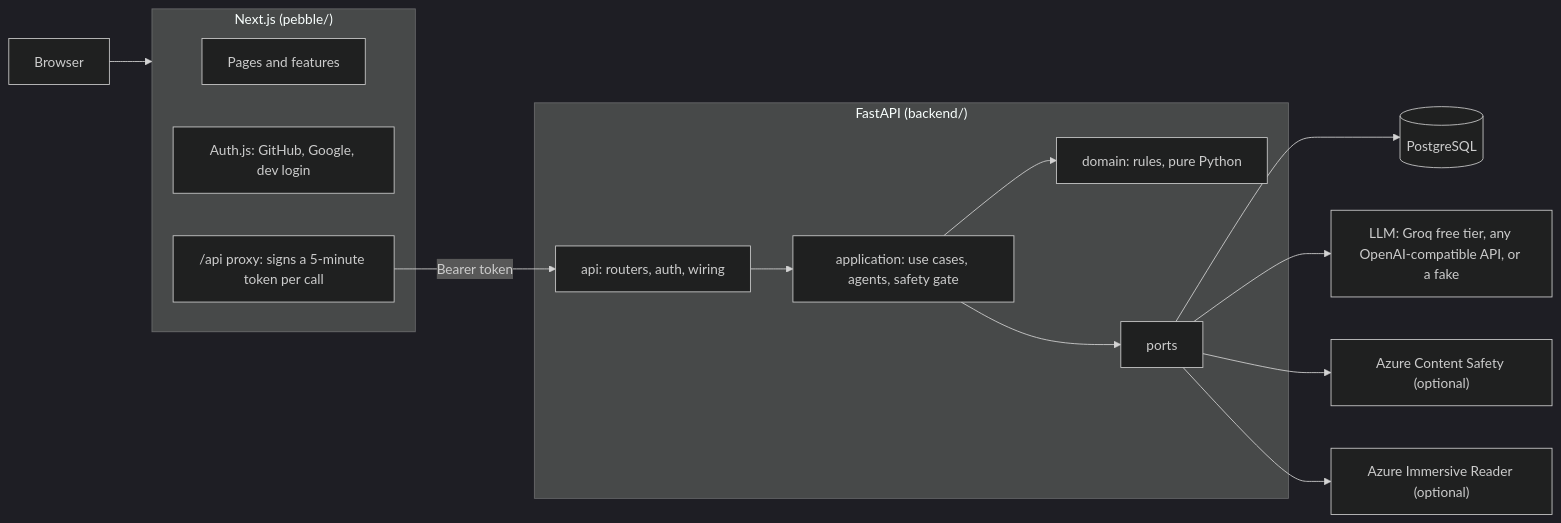
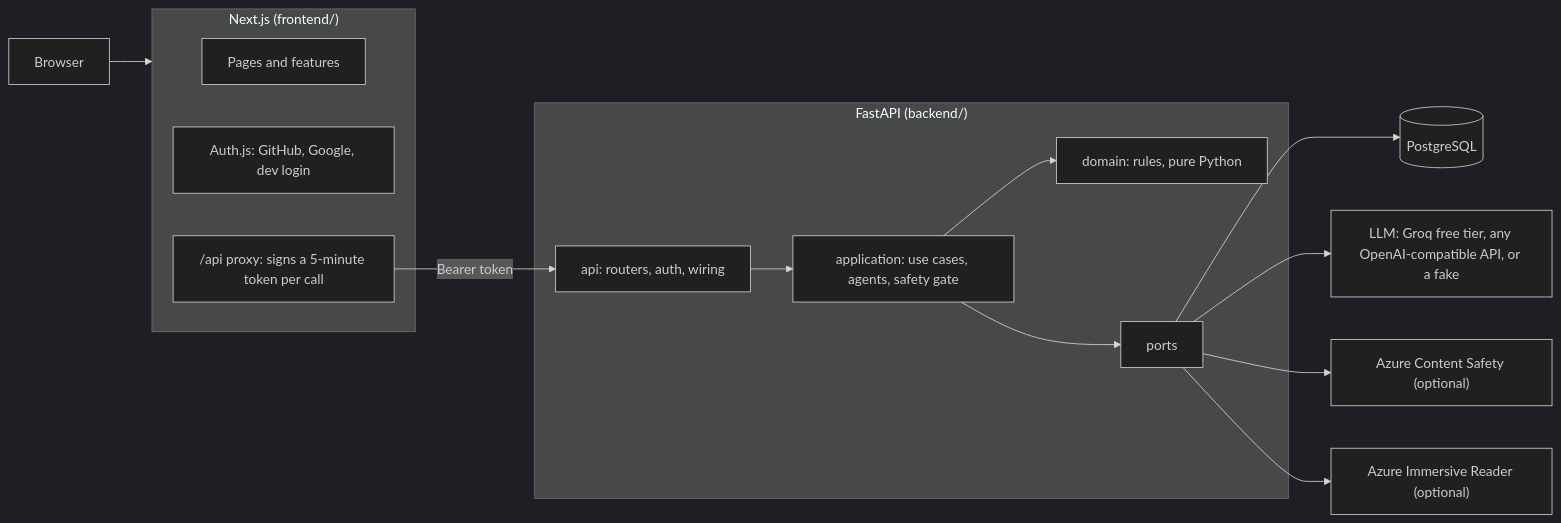
Before and after one commit to Eufanzky/pebble: the diagram in README.md, drawn with Mermaid (dark theme). The commit also changed other lines of this file and 334 other files, not shown here.

Commit message:
refactor: clear names: frontend/, pebble-* packages, Pebble in the prompts, (signed-in) routes (6.4) (#63)

````diff
--- a/README.md
+++ b/README.md
@@ -45,23 +45,23 @@
 ```mermaid
 flowchart LR
   browser["Browser"] --> next
 
-  subgraph next["Next.js (pebble/)"]
+  subgraph next["Next.js (frontend/)"]
     pages["Pages and features"]
     authjs["Auth.js: GitHub, Google, dev login"]
     proxy["/api proxy: signs a 5-minute token per call"]
   end
 
   proxy -- "Bearer token" --> api
 
   subgraph fastapi["FastAPI (backend/)"]
     api["api: routers, auth, wiring"] --> app["application: use cases, agents, safety gate"]
     app --> domain["domain: rules, pure Python"]
     app --> ports["ports"]
   end
 
   ports --> db[("PostgreSQL")]
   ports --> llm["LLM: Groq free tier, any OpenAI-compatible API, or a fake"]
   ports --> safety["Azure Content Safety (optional)"]
   ports --> reader["Azure Immersive Reader (optional)"]
 ```
````
